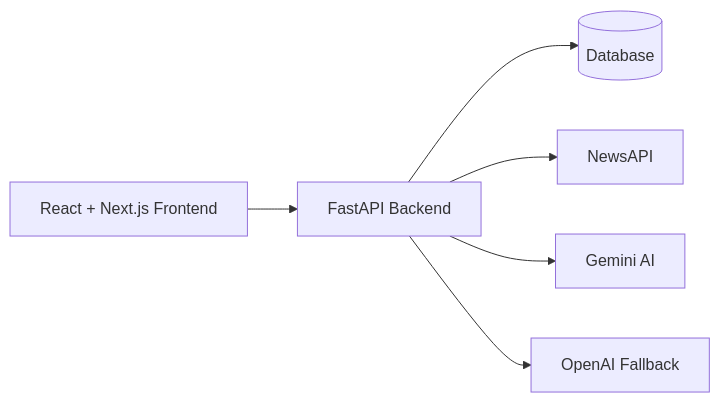
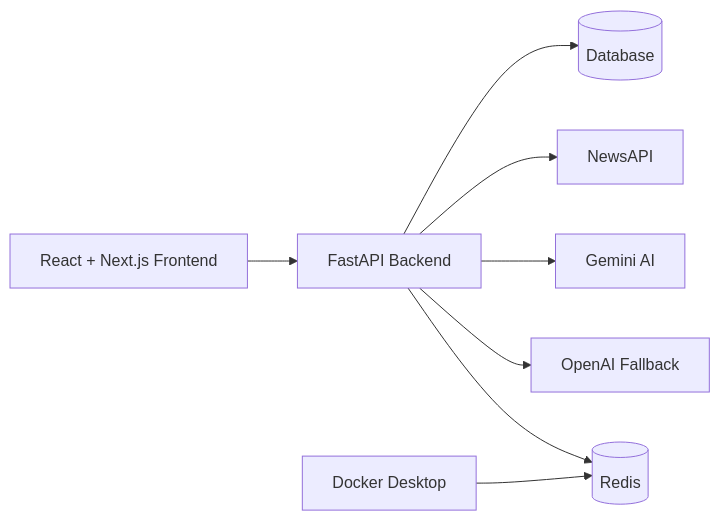
The diagram in README.md (Divyanshu2529/MarketFlow), drawn with Mermaid before and after one commit. The commit also changed other lines of this file, not shown here.

First line of the commit message:
Enhance README with Redis setup and infrastructure info

````diff
--- a/README.md
+++ b/README.md
@@ -51,8 +60,10 @@
 ```mermaid
 flowchart LR
     A[React + Next.js Frontend] --> B[FastAPI Backend]
     B --> C[(Database)]
     B --> D[NewsAPI]
     B --> E[Gemini AI]
     B --> F[OpenAI Fallback]
+    B --> G[(Redis)]
+    H[Docker Desktop] --> G
 ```
````
